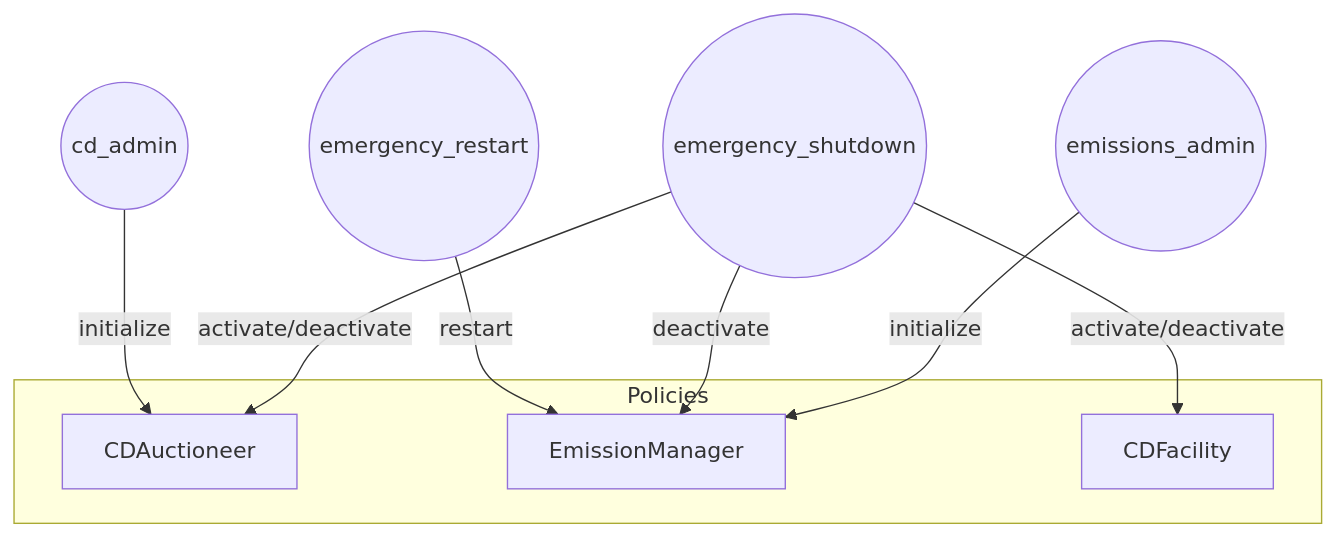
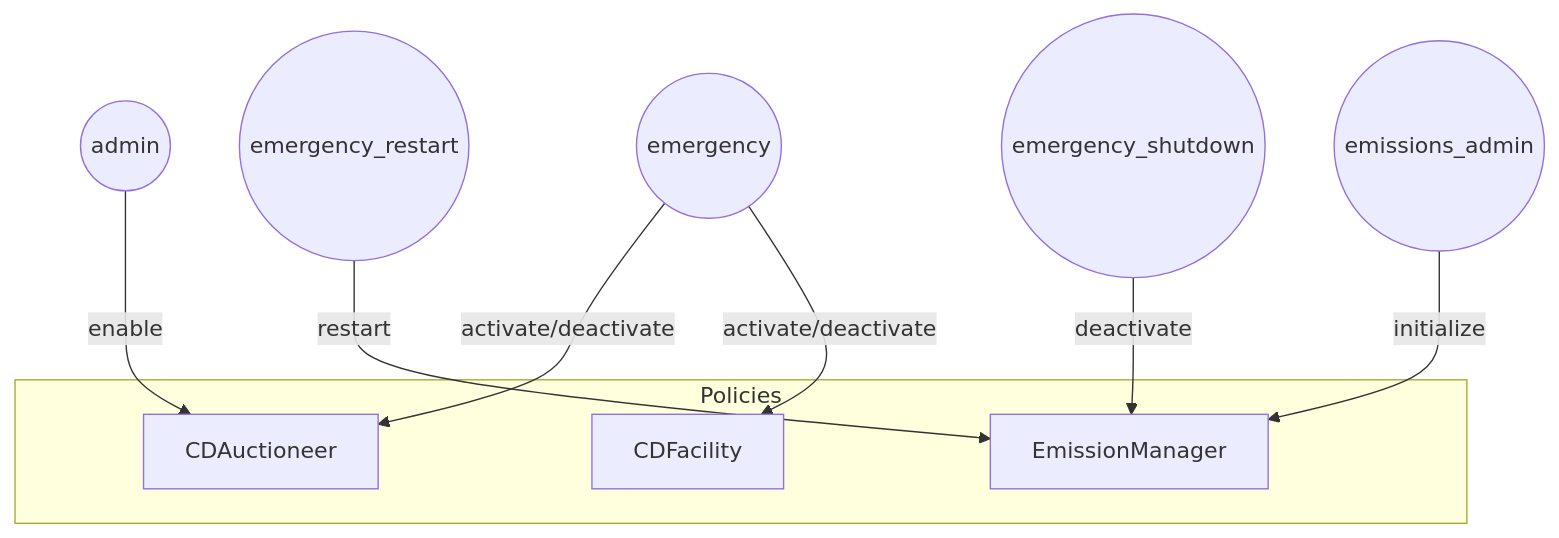
The first of 6 diagrams in audit/2025-01_convertible-deposits/README.md (OlympusDAO/olympus-v3), drawn with Mermaid before and after one commit. The commit also changed other lines of this file and 1 other file, not shown here.

````diff
--- a/audit/2025-01_convertible-deposits/README.md
+++ b/audit/2025-01_convertible-deposits/README.md
@@ -121,15 +121,15 @@
 ```mermaid
 flowchart TD
-  cd_admin((cd_admin)) -- initialize --> CDAuctioneer
+  admin((admin)) -- enable --> CDAuctioneer
   emergency_restart((emergency_restart)) -- restart --> EmissionManager
-  emergency_shutdown((emergency_shutdown)) -- activate/deactivate --> CDAuctioneer
-  emergency_shutdown((emergency_shutdown)) -- activate/deactivate --> CDFacility
+  emergency((emergency)) -- activate/deactivate --> CDAuctioneer
+  emergency((emergency)) -- activate/deactivate --> CDFacility
   emergency_shutdown((emergency_shutdown)) -- deactivate --> EmissionManager
   emissions_admin((emissions_admin)) -- initialize --> EmissionManager
 
   subgraph Policies
     CDAuctioneer
     CDFacility
     EmissionManager
   end
 ```
````
